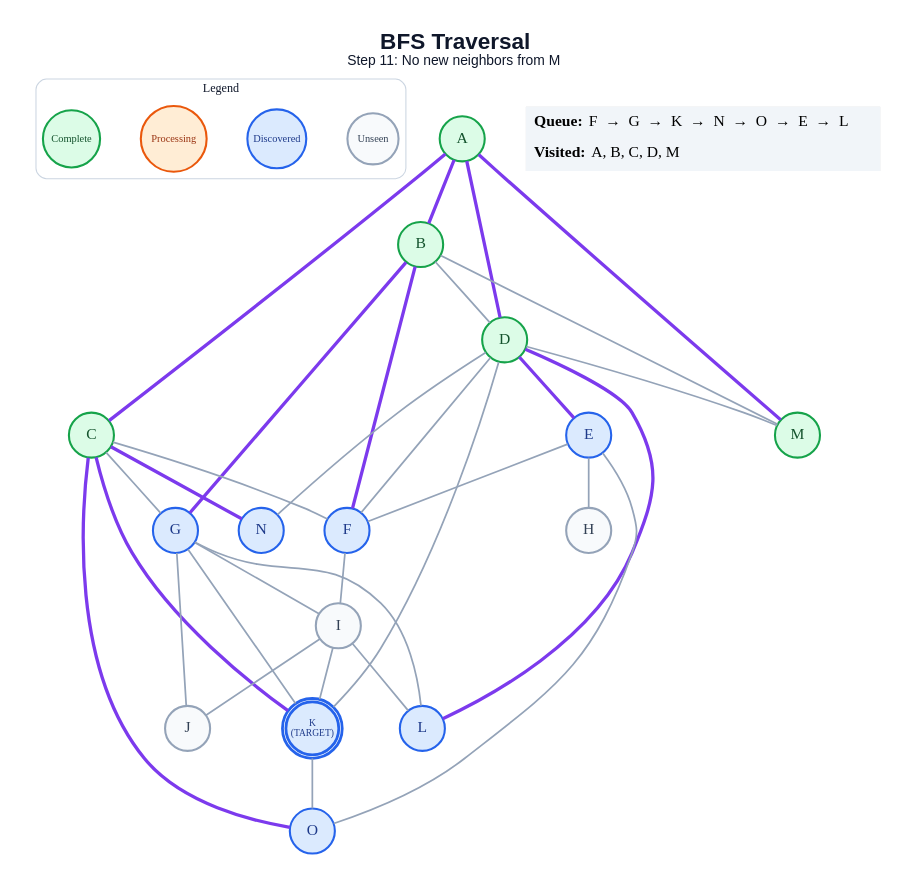
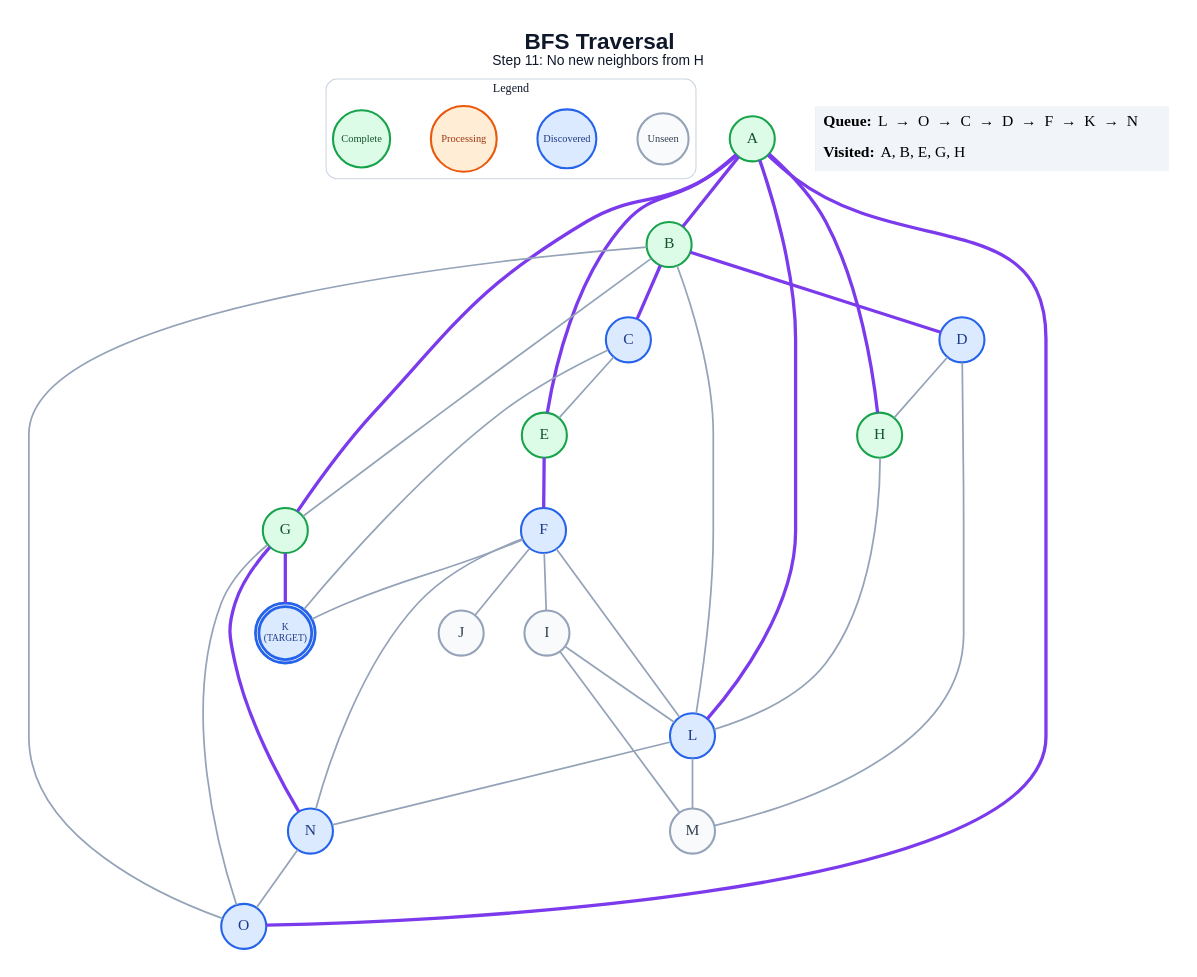
The diagram in generated/bfs/step_11.dot (anon7238593-create/ai-slop), drawn with Graphviz before and after one commit. The commit also changed 224 other files, not shown here.

```diff
--- a/generated/bfs/step_11.dot
+++ b/generated/bfs/step_11.dot
@@ -1,65 +1,64 @@
 graph traversal {
   graph [layout=dot, rankdir=TB, bgcolor="#FFFFFF", pad="0.35", nodesep="0.65", ranksep="0.8", fontname="Arial"];
   node [shape=circle, style="filled", fontname="Arial Bold", fontsize=18, width=0.72, fixedsize=true, penwidth=2.4];
   edge [color="#94A3B8", penwidth=2.0];
-  label=<<B>BFS Traversal</B><BR/><FONT POINT-SIZE="16">Step 11: No new neighbors from M</FONT>>; labelloc="t"; fontsize=26; fontname="Arial"; fontcolor="#0F172A";
+  label=<<B>BFS Traversal</B><BR/><FONT POINT-SIZE="16">Step 11: No new neighbors from H</FONT>>; labelloc="t"; fontsize=26; fontname="Arial"; fontcolor="#0F172A";
   subgraph cluster_legend { label="Legend"; color="#CBD5E1"; penwidth=1.2; style="rounded"; fontsize=14; fontname="Arial Bold";
     key_unseen [label="Unseen", fillcolor="#F8FAFC", color="#94A3B8", fontcolor="#334155", fontsize=12, width=0.82];
     key_frontier [label="Discovered", fillcolor="#DBEAFE", color="#2563EB", fontcolor="#1E3A8A", fontsize=12, width=0.95];
     key_current [label="Processing", fillcolor="#FFEDD5", color="#EA580C", fontcolor="#9A3412", fontsize=12, width=1.05];
     key_done [label="Complete", fillcolor="#DCFCE7", color="#16A34A", fontcolor="#14532D", fontsize=12, width=0.92];
     { rank=same; key_unseen; key_frontier; key_current; key_done; }
   }
   A [label="A", fillcolor="#DCFCE7", color="#16A34A", fontcolor="#14532D", peripheries=1, penwidth=2.4];
   B [label="B", fillcolor="#DCFCE7", color="#16A34A", fontcolor="#14532D", peripheries=1, penwidth=2.4];
-  C [label="C", fillcolor="#DCFCE7", color="#16A34A", fontcolor="#14532D", peripheries=1, penwidth=2.4];
-  D [label="D", fillcolor="#DCFCE7", color="#16A34A", fontcolor="#14532D", peripheries=1, penwidth=2.4];
-  E [label="E", fillcolor="#DBEAFE", color="#2563EB", fontcolor="#1E3A8A", peripheries=1, penwidth=2.4];
+  C [label="C", fillcolor="#DBEAFE", color="#2563EB", fontcolor="#1E3A8A", peripheries=1, penwidth=2.4];
+  D [label="D", fillcolor="#DBEAFE", color="#2563EB", fontcolor="#1E3A8A", peripheries=1, penwidth=2.4];
+  E [label="E", fillcolor="#DCFCE7", color="#16A34A", fontcolor="#14532D", peripheries=1, penwidth=2.4];
   F [label="F", fillcolor="#DBEAFE", color="#2563EB", fontcolor="#1E3A8A", peripheries=1, penwidth=2.4];
-  G [label="G", fillcolor="#DBEAFE", color="#2563EB", fontcolor="#1E3A8A", peripheries=1, penwidth=2.4];
-  H [label="H", fillcolor="#F8FAFC", color="#94A3B8", fontcolor="#334155", peripheries=1, penwidth=2.4];
+  G [label="G", fillcolor="#DCFCE7", color="#16A34A", fontcolor="#14532D", peripheries=1, penwidth=2.4];
+  H [label="H", fillcolor="#DCFCE7", color="#16A34A", fontcolor="#14532D", peripheries=1, penwidth=2.4];
   I [label="I", fillcolor="#F8FAFC", color="#94A3B8", fontcolor="#334155", peripheries=1, penwidth=2.4];
   J [label="J", fillcolor="#F8FAFC", color="#94A3B8", fontcolor="#334155", peripheries=1, penwidth=2.4];
   K [label="K\n(TARGET)", fillcolor="#DBEAFE", color="#2563EB", fontcolor="#1E3A8A", peripheries=2, penwidth=3.2, fontsize=11, width=0.85, height=0.85];
   L [label="L", fillcolor="#DBEAFE", color="#2563EB", fontcolor="#1E3A8A", peripheries=1, penwidth=2.4];
-  M [label="M", fillcolor="#DCFCE7", color="#16A34A", fontcolor="#14532D", peripheries=1, penwidth=2.4];
+  M [label="M", fillcolor="#F8FAFC", color="#94A3B8", fontcolor="#334155", peripheries=1, penwidth=2.4];
   N [label="N", fillcolor="#DBEAFE", color="#2563EB", fontcolor="#1E3A8A", peripheries=1, penwidth=2.4];
   O [label="O", fillcolor="#DBEAFE", color="#2563EB", fontcolor="#1E3A8A", peripheries=1, penwidth=2.4];
   A -- B [color="#7C3AED", penwidth=3.8];
-  A -- C [color="#7C3AED", penwidth=3.8];
-  A -- D [color="#7C3AED", penwidth=3.8];
-  A -- M [color="#7C3AED", penwidth=3.8];
-  B -- D;
-  B -- F [color="#7C3AED", penwidth=3.8];
-  B -- G [color="#7C3AED", penwidth=3.8];
-  B -- M;
-  C -- F;
-  C -- G;
-  C -- K [color="#7C3AED", penwidth=3.8];
-  C -- N [color="#7C3AED", penwidth=3.8];
-  C -- O [color="#7C3AED", penwidth=3.8];
-  D -- E [color="#7C3AED", penwidth=3.8];
-  D -- F;
-  D -- K;
-  D -- L [color="#7C3AED", penwidth=3.8];
+  A -- E [color="#7C3AED", penwidth=3.8];
+  A -- G [color="#7C3AED", penwidth=3.8];
+  A -- H [color="#7C3AED", penwidth=3.8];
+  A -- L [color="#7C3AED", penwidth=3.8];
+  A -- O [color="#7C3AED", penwidth=3.8];
+  B -- C [color="#7C3AED", penwidth=3.8];
+  B -- D [color="#7C3AED", penwidth=3.8];
+  B -- G;
+  B -- L;
+  B -- O;
+  C -- E;
+  C -- K;
+  D -- H;
   D -- M;
-  D -- N;
-  E -- F;
-  E -- H;
-  E -- O;
+  E -- F [color="#7C3AED", penwidth=3.8];
   F -- I;
-  G -- I;
-  G -- J;
-  G -- K;
-  G -- L;
-  I -- J;
-  I -- K;
+  F -- J;
+  F -- K;
+  F -- L;
+  F -- N;
+  G -- K [color="#7C3AED", penwidth=3.8];
+  G -- N [color="#7C3AED", penwidth=3.8];
+  G -- O;
+  H -- L;
   I -- L;
-  K -- O;
+  I -- M;
+  L -- M;
+  L -- N;
+  N -- O;
   status [shape=plain, fixedsize=false, width=0, height=0, margin=0, label=<
     <TABLE BORDER="0" CELLBORDER="0" CELLPADDING="7" BGCOLOR="#F1F5F9">
-      <TR><TD ALIGN="LEFT"><B>Queue:</B> F  →  G  →  K  →  N  →  O  →  E  →  L</TD></TR>
-      <TR><TD ALIGN="LEFT"><B>Visited:</B> A, B, C, D, M</TD></TR>
+      <TR><TD ALIGN="LEFT"><B>Queue:</B> L  →  O  →  C  →  D  →  F  →  K  →  N</TD></TR>
+      <TR><TD ALIGN="LEFT"><B>Visited:</B> A, B, E, G, H</TD></TR>
     </TABLE>
   >];
 }
```
